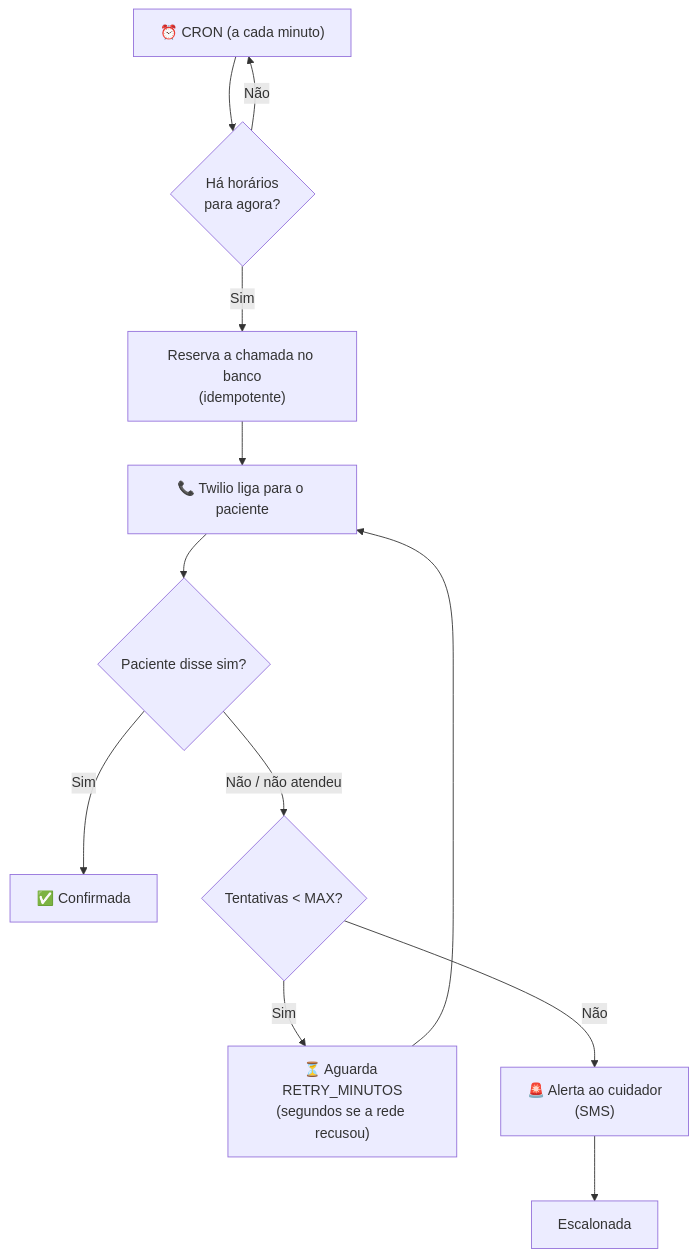
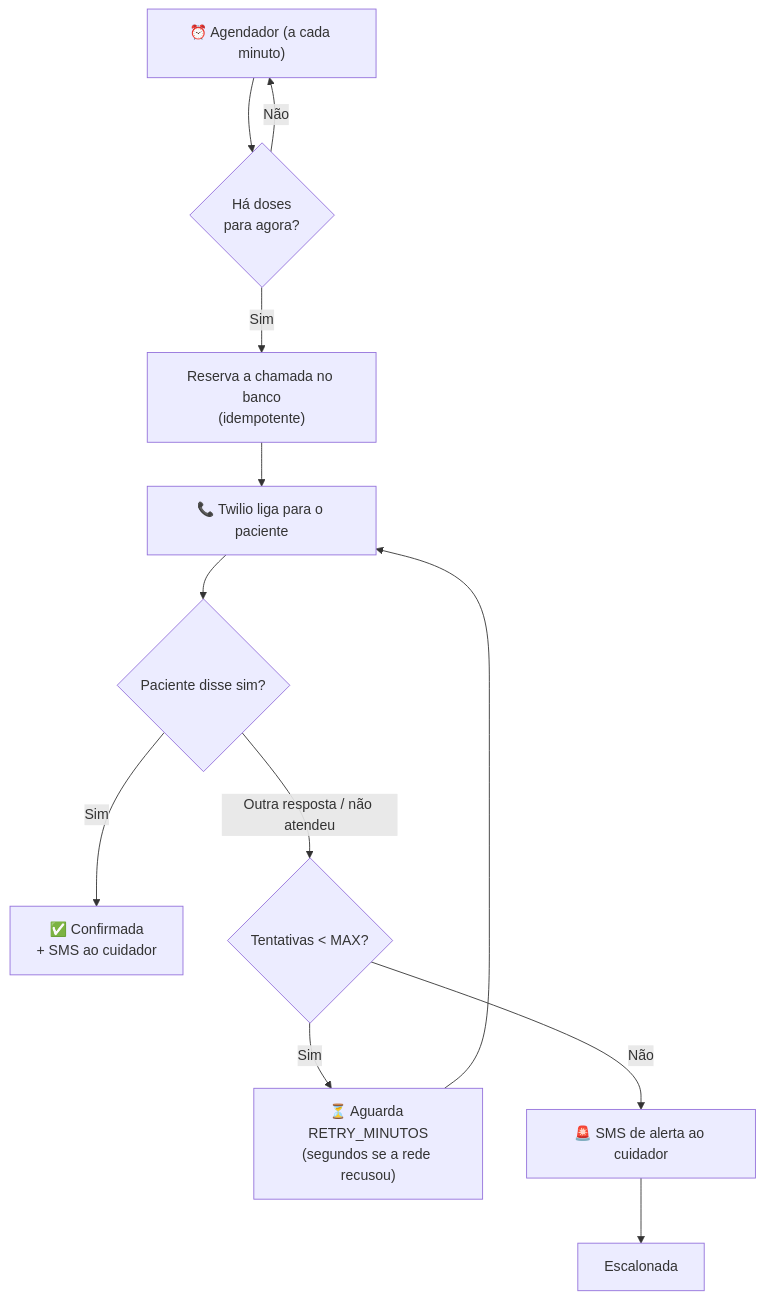
One commit to cszinn/LembreMed changed the diagram in README.md. Above: the diagram before and after it, drawn with Mermaid. The commit also changed other lines of this file and 4 other files, not shown here.

````diff
--- a/README.md
+++ b/README.md
@@ -41,13 +267,13 @@
 ```mermaid
 flowchart TD
-    A["⏰ CRON (a cada minuto)"] --> B{"Há horários<br/>para agora?"}
+    A["⏰ Agendador (a cada minuto)"] --> B{"Há doses<br/>para agora?"}
     B -- Não --> A
     B -- Sim --> C["Reserva a chamada no banco<br/>(idempotente)"]
     C --> D["📞 Twilio liga para o paciente"]
     D --> E{"Paciente disse sim?"}
-    E -- Sim --> F["✅ Confirmada"]
-    E -- "Não / não atendeu" --> G{"Tentativas < MAX?"}
+    E -- Sim --> F["✅ Confirmada<br/>+ SMS ao cuidador"]
+    E -- "Outra resposta / não atendeu" --> G{"Tentativas < MAX?"}
     G -- Sim --> H["⏳ Aguarda RETRY_MINUTOS<br/>(segundos se a rede recusou)"] --> D
-    G -- Não --> I["🚨 Alerta ao cuidador<br/>(SMS)"]
+    G -- Não --> I["🚨 SMS de alerta ao cuidador"]
     I --> J["Escalonada"]
 ```
````
